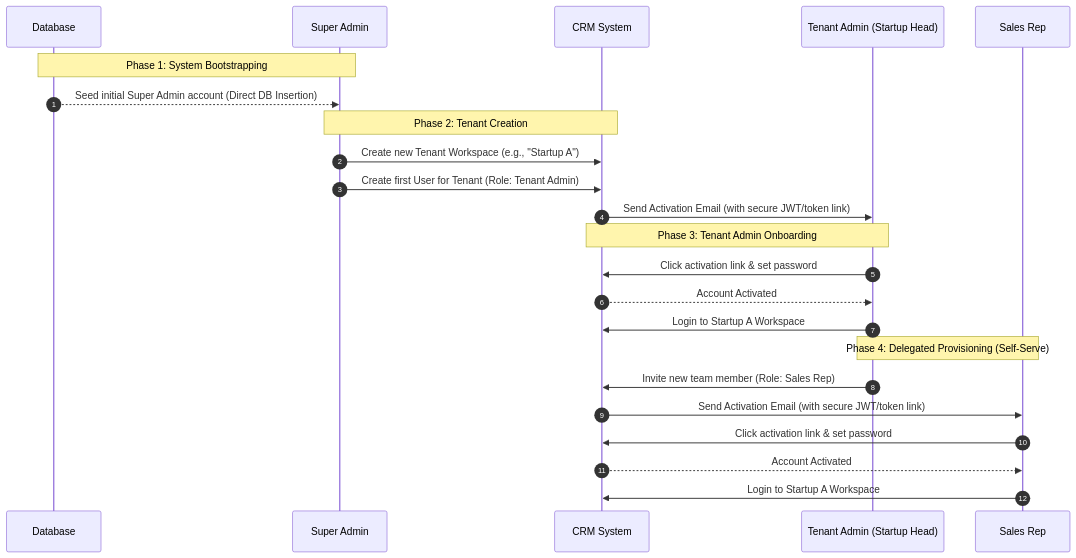
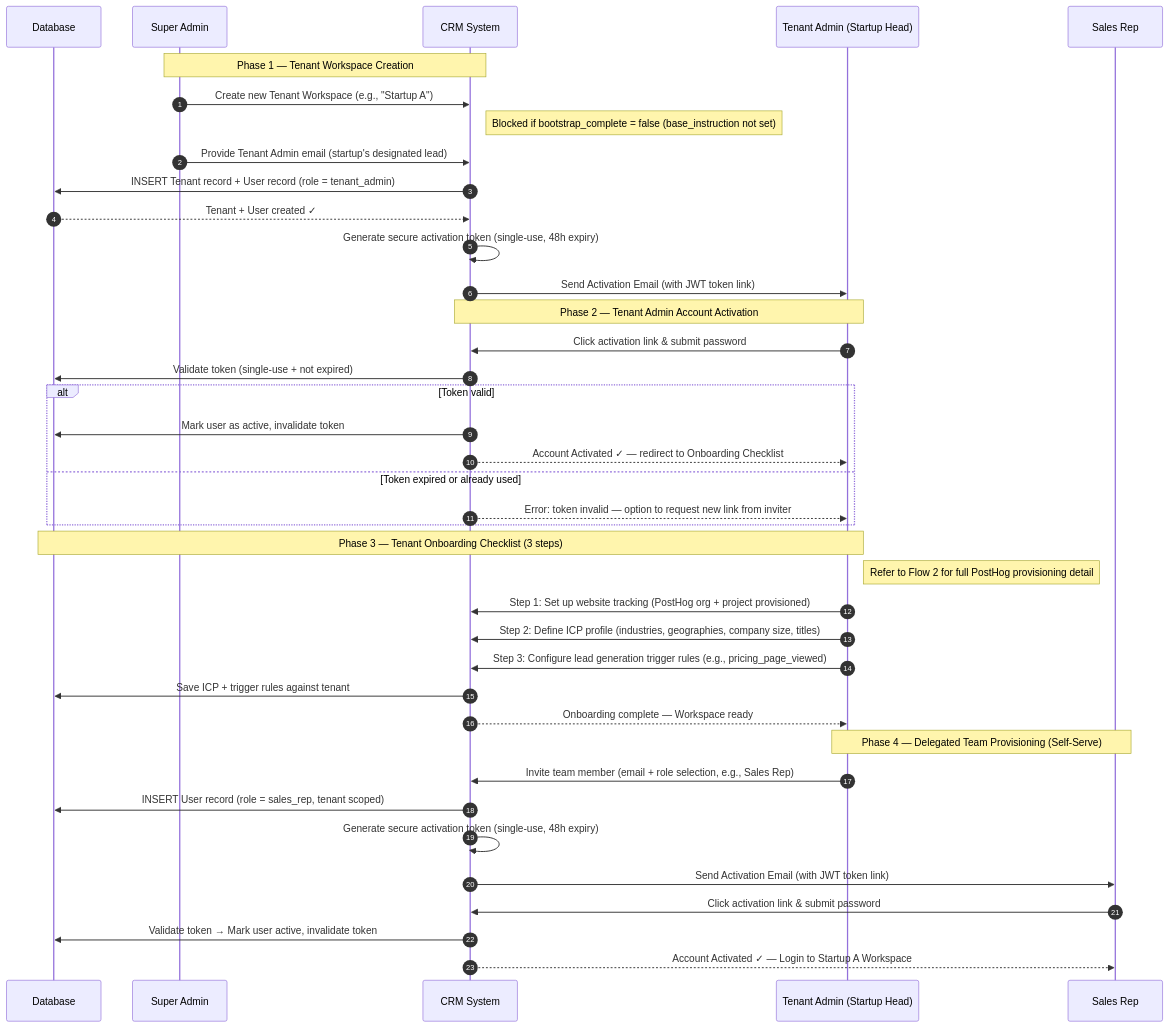
Before and after one commit to adminosper/studio-crm: the second of 8 diagrams in documentations/architecture/user-flows.md, drawn with Mermaid. The commit also changed other lines of this file and 5 other files, not shown here.

Commit message:
Studio View for super admins + context window (tenant view/admin view) added in PRD, decisions etc

````diff
--- a/documentations/architecture/user-flows.md
+++ b/documentations/architecture/user-flows.md
@@ -11,30 +48,46 @@
 ```mermaid
 sequenceDiagram
     autonumber
-    
+
     participant DB as Database
     participant SA as Super Admin
     participant Sys as CRM System
     participant TA as Tenant Admin (Startup Head)
     participant Rep as Sales Rep
 
-    Note over DB,SA: Phase 1: System Bootstrapping
-    DB-->>SA: Seed initial Super Admin account (Direct DB Insertion)
+    Note over SA,Sys: Phase 1 — Tenant Workspace Creation
+    SA->>Sys: Create new Tenant Workspace (e.g., "Startup A")
+    Note right of Sys: Blocked if bootstrap_complete = false (base_instruction not set)
+    SA->>Sys: Provide Tenant Admin email (startup's designated lead)
+    Sys->>DB: INSERT Tenant record + User record (role = tenant_admin)
+    DB-->>Sys: Tenant + User created ✓
+    Sys->>Sys: Generate secure activation token (single-use, 48h expiry)
+    Sys->>TA: Send Activation Email (with JWT token link)
 
-    Note over SA,Sys: Phase 2: Tenant Creation
-    SA->>Sys: Create new Tenant Workspace (e.g., "Startup A")
-    SA->>Sys: Create first User for Tenant (Role: Tenant Admin)
-    Sys->>TA: Send Activation Email (with secure JWT/token link)
+    Note over TA,Sys: Phase 2 — Tenant Admin Account Activation
+    TA->>Sys: Click activation link & submit password
+    Sys->>DB: Validate token (single-use + not expired)
+    alt Token valid
+        Sys->>DB: Mark user as active, invalidate token
+        Sys-->>TA: Account Activated ✓ — redirect to Onboarding Checklist
+    else Token expired or already used
+        Sys-->>TA: Error: token invalid — option to request new link from inviter
+    end
 
-    Note over TA,Sys: Phase 3: Tenant Admin Onboarding
-    TA->>Sys: Click activation link & set password
-    Sys-->>TA: Account Activated
-    TA->>Sys: Login to Startup A Workspace
+    Note over TA,DB: Phase 3 — Tenant Onboarding Checklist (3 steps)
+    Note right of TA: Refer to Flow 2 for full PostHog provisioning detail
+    TA->>Sys: Step 1: Set up website tracking (PostHog org + project provisioned)
+    TA->>Sys: Step 2: Define ICP profile (industries, geographies, company size, titles)
+    TA->>Sys: Step 3: Configure lead generation trigger rules (e.g., pricing_page_viewed)
+    Sys->>DB: Save ICP + trigger rules against tenant
+    Sys-->>TA: Onboarding complete — Workspace ready
 
-    Note over TA,Rep: Phase 4: Delegated Provisioning (Self-Serve)
-    TA->>Sys: Invite new team member (Role: Sales Rep)
-    Sys->>Rep: Send Activation Email (with secure JWT/token link)
-    Rep->>Sys: Click activation link & set password
-    Sys-->>Rep: Account Activated
-    Rep->>Sys: Login to Startup A Workspace
+    Note over TA,Rep: Phase 4 — Delegated Team Provisioning (Self-Serve)
+    TA->>Sys: Invite team member (email + role selection, e.g., Sales Rep)
+    Sys->>DB: INSERT User record (role = sales_rep, tenant scoped)
+    Sys->>Sys: Generate secure activation token (single-use, 48h expiry)
+    Sys->>Rep: Send Activation Email (with JWT token link)
+    Rep->>Sys: Click activation link & submit password
+    Sys->>DB: Validate token → Mark user active, invalidate token
+    Sys-->>Rep: Account Activated ✓ — Login to Startup A Workspace
 ```
````
